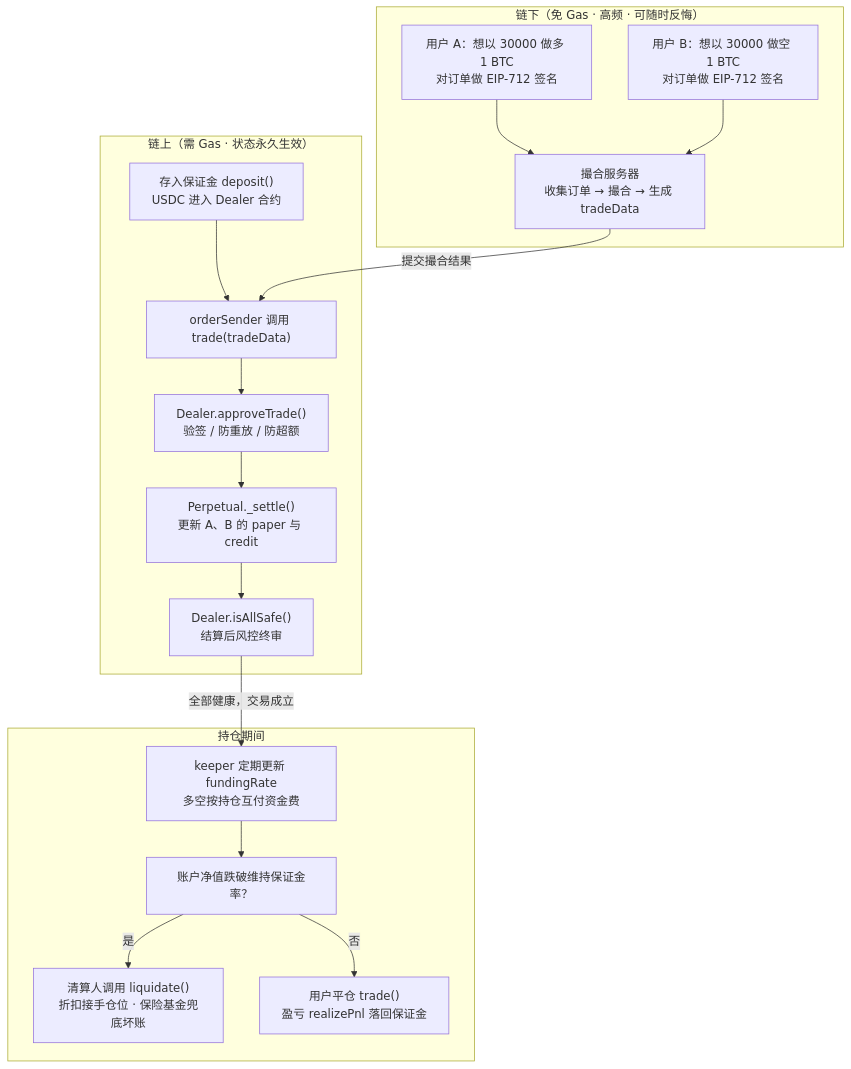
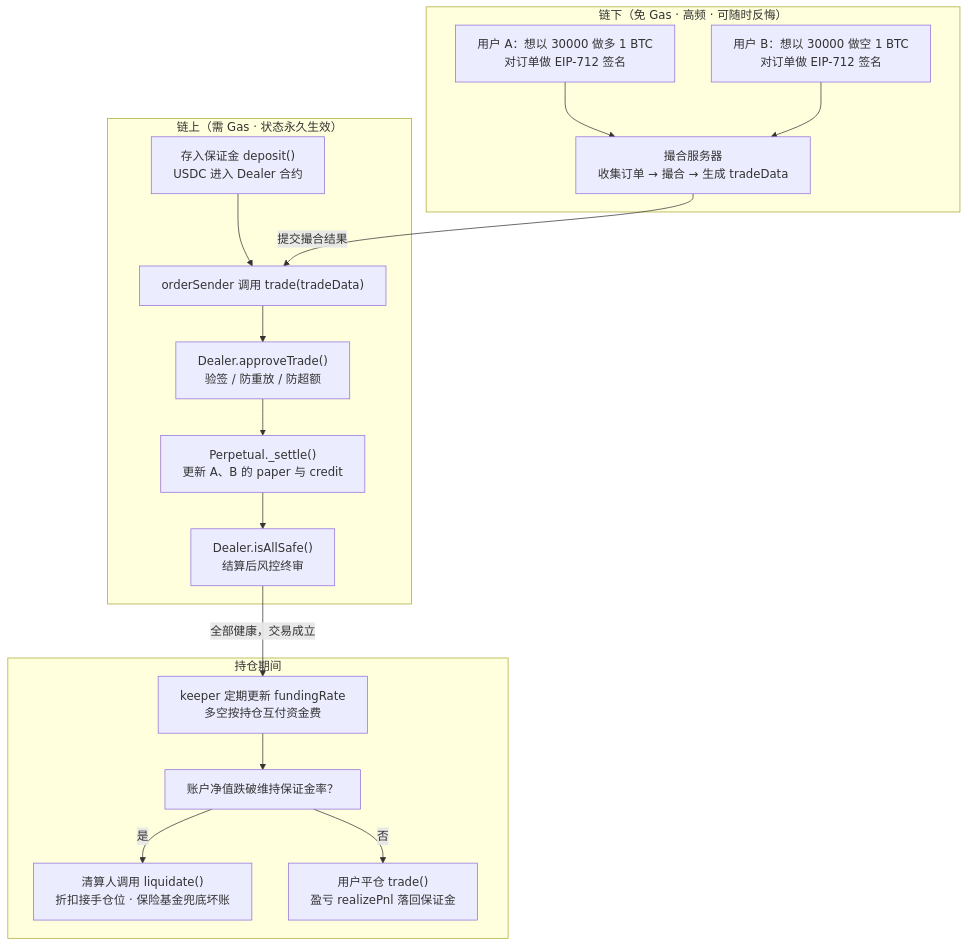
The first of 2 diagrams in perpetual-contract/01-永续合约入门-为什么DeFi需要"永不交割的期货".md (beyondcool/web3-study-notes), drawn with Mermaid before and after one commit. The commit also changed other lines of this file and 1 other file, not shown here.

````diff
--- a/perpetual-contract/01-永续合约入门-为什么DeFi需要"永不交割的期货".md
+++ b/perpetual-contract/01-永续合约入门-为什么DeFi需要"永不交割的期货".md
@@ -72,33 +72,33 @@
 ```mermaid
-
+%%{init: {'flowchart': {'wrappingWidth': 1000}}}%%
 flowchart TB
     subgraph OFF["链下（免 Gas · 高频 · 可随时反悔）"]
         U1["用户 A：想以 30000 做多 1 BTC<br/>对订单做 EIP-712 签名"]
         U2["用户 B：想以 30000 做空 1 BTC<br/>对订单做 EIP-712 签名"]
         MATCH["撮合服务器<br/>收集订单 → 撮合 → 生成 tradeData"]
         U1 --> MATCH
         U2 --> MATCH
     end
 
     subgraph ON["链上（需 Gas · 状态永久生效）"]
         S1["存入保证金 deposit()<br/>USDC 进入 Dealer 合约"]
         S2["orderSender 调用 trade(tradeData)"]
         VERIFY["Dealer.approveTrade()<br/>验签 / 防重放 / 防超额"]
         SETTLE["Perpetual._settle()<br/>更新 A、B 的 paper 与 credit"]
         RISK["Dealer.isAllSafe()<br/>结算后风控终审"]
         S1 --> S2 --> VERIFY --> SETTLE --> RISK
     end
 
     subgraph LIFE["持仓期间"]
         FUND["keeper 定期更新 fundingRate<br/>多空按持仓互付资金费"]
         SAFE["账户净值跌破维持保证金率？"]
         LIQ["清算人调用 liquidate()<br/>折扣接手仓位 · 保险基金兜底坏账"]
         CLOSE["用户平仓 trade()<br/>盈亏 realizePnl 落回保证金"]
         FUND --> SAFE
         SAFE -- "否" --> CLOSE
         SAFE -- "是" --> LIQ
     end
 
     MATCH -- "提交撮合结果" --> S2
     RISK -- "全部健康，交易成立" --> FUND
 ```
````
